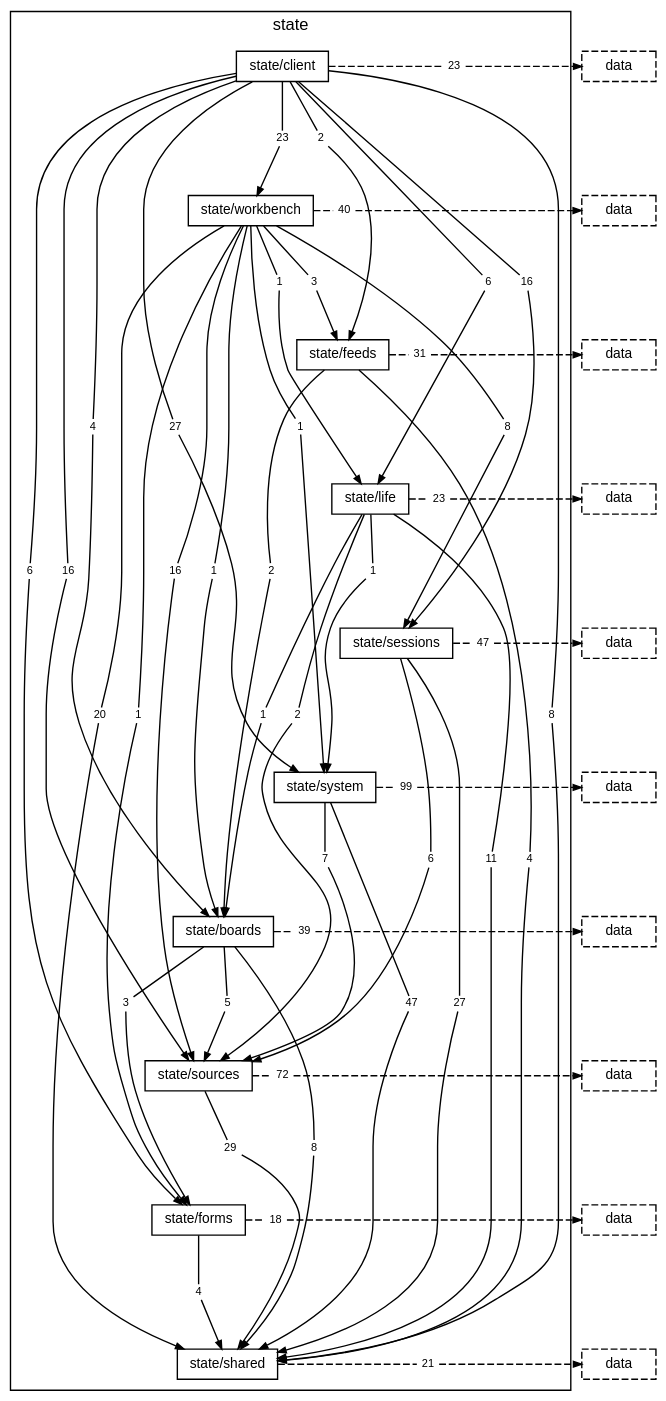
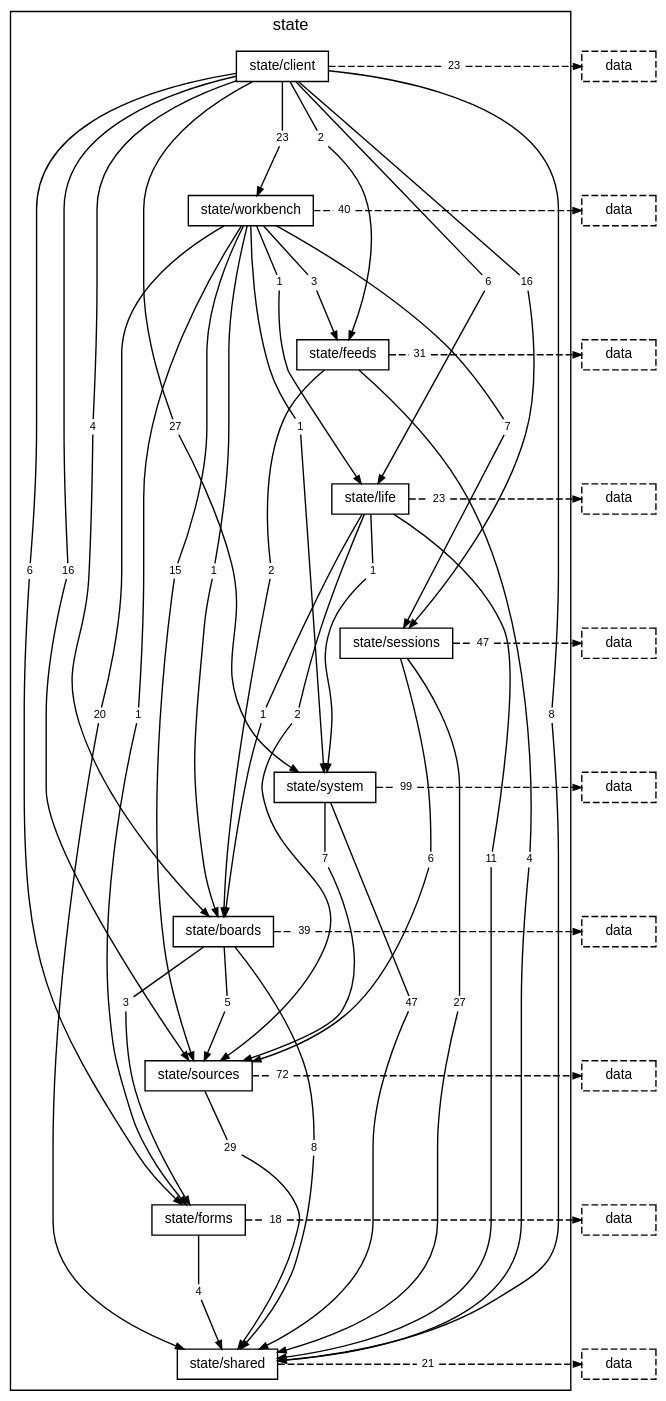
One commit to TheAxeC/oculus changed the diagram in docs/diagrams/layer-state.dot. Above: the diagram before and after it, drawn with Graphviz. The commit also changed 31 other files, not shown here.

```diff
--- a/docs/diagrams/layer-state.dot
+++ b/docs/diagrams/layer-state.dot
@@ -28,9 +28,9 @@
         "folder state/workbench to folder state/feeds" [label="3", shape=box, color="transparent", fontsize=8, width=0, height=0, margin="0.04,0.02"];
         "folder state/workbench to folder state/forms" [label="1", shape=box, color="transparent", fontsize=8, width=0, height=0, margin="0.04,0.02"];
         "folder state/workbench to folder state/life" [label="1", shape=box, color="transparent", fontsize=8, width=0, height=0, margin="0.04,0.02"];
-        "folder state/workbench to folder state/sessions" [label="8", shape=box, color="transparent", fontsize=8, width=0, height=0, margin="0.04,0.02"];
+        "folder state/workbench to folder state/sessions" [label="7", shape=box, color="transparent", fontsize=8, width=0, height=0, margin="0.04,0.02"];
         "folder state/workbench to folder state/shared" [label="20", shape=box, color="transparent", fontsize=8, width=0, height=0, margin="0.04,0.02"];
-        "folder state/workbench to folder state/sources" [label="16", shape=box, color="transparent", fontsize=8, width=0, height=0, margin="0.04,0.02"];
+        "folder state/workbench to folder state/sources" [label="15", shape=box, color="transparent", fontsize=8, width=0, height=0, margin="0.04,0.02"];
         "folder state/workbench to folder state/system" [label="1", shape=box, color="transparent", fontsize=8, width=0, height=0, margin="0.04,0.02"];
         "folder state/workbench to layer data" [label="40", shape=box, color="transparent", fontsize=8, width=0, height=0, margin="0.04,0.02"];
         "folder state/feeds to folder state/boards" [label="2", shape=box, color="transparent", fontsize=8, width=0, height=0, margin="0.04,0.02"];
```
